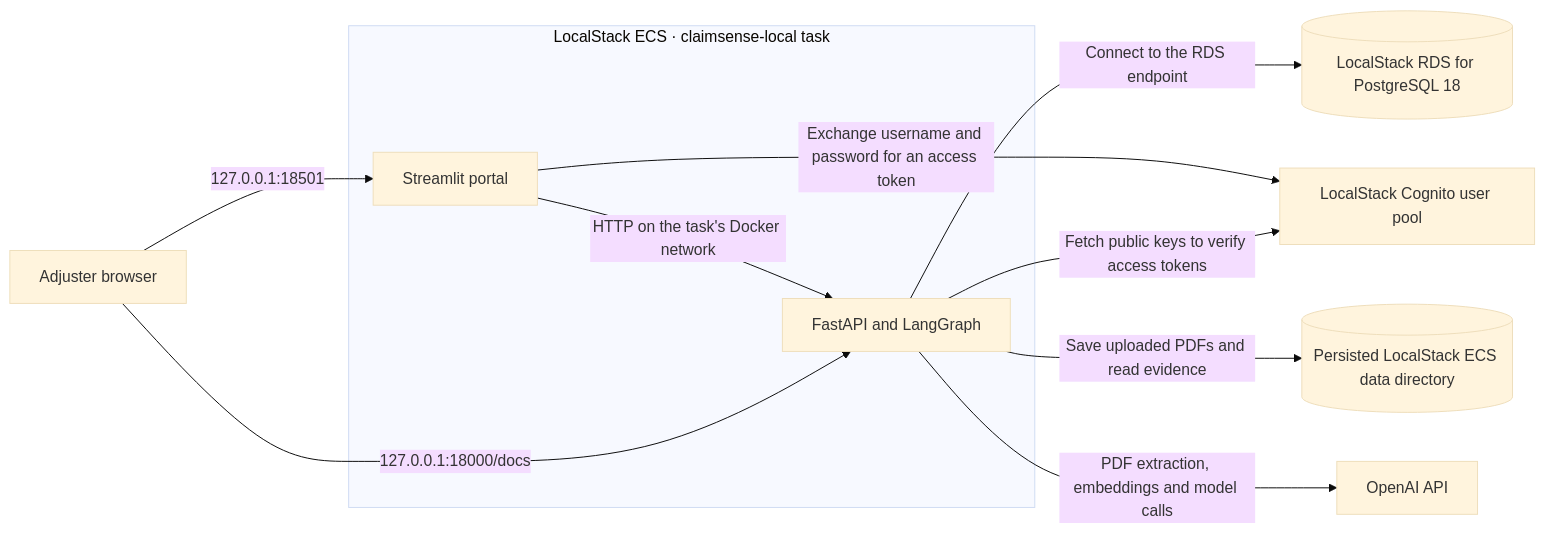
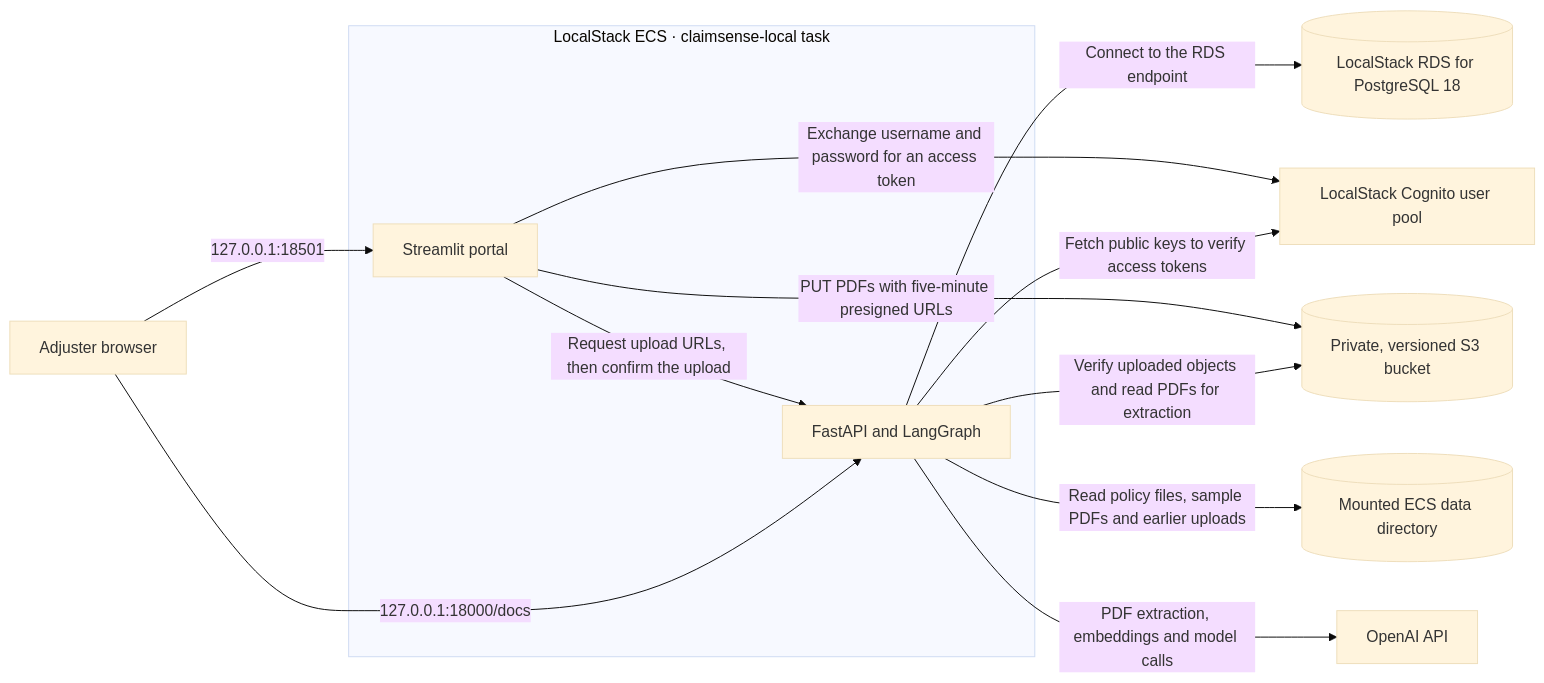
Before and after one commit to MP-30/Claim-Sense: the first of 3 diagrams in infra.md, drawn with Mermaid (base theme). The commit also changed other lines of this file and 3 other files, not shown here.

````diff
--- a/infra.md
+++ b/infra.md
@@ -7,16 +7,18 @@
 ```mermaid
 flowchart LR
     User["Adjuster browser"]
     subgraph Task["LocalStack ECS · claimsense-local task"]
         UI["Streamlit portal"]
         API["FastAPI and LangGraph"]
-        UI -->|"HTTP on the task's Docker network"| API
+        UI -->|"Request upload URLs, then confirm the upload"| API
     end
     API -->|"Connect to the RDS endpoint"| DB[("LocalStack RDS for PostgreSQL 18")]
     User -->|"127.0.0.1:18501"| UI
     User -->|"127.0.0.1:18000/docs"| API
     UI -->|"Exchange username and password for an access token"| Cognito["LocalStack Cognito user pool"]
     API -->|"Fetch public keys to verify access tokens"| Cognito
-    API -->|"Save uploaded PDFs and read evidence"| Files[("Persisted LocalStack ECS data directory")]
+    UI -->|"PUT PDFs with five-minute presigned URLs"| S3[("Private, versioned S3 bucket")]
+    API -->|"Verify uploaded objects and read PDFs for extraction"| S3
+    API -->|"Read policy files, sample PDFs and earlier uploads"| Files[("Mounted ECS data directory")]
     API -->|"PDF extraction, embeddings and model calls"| Model["OpenAI API"]
 ```
````
